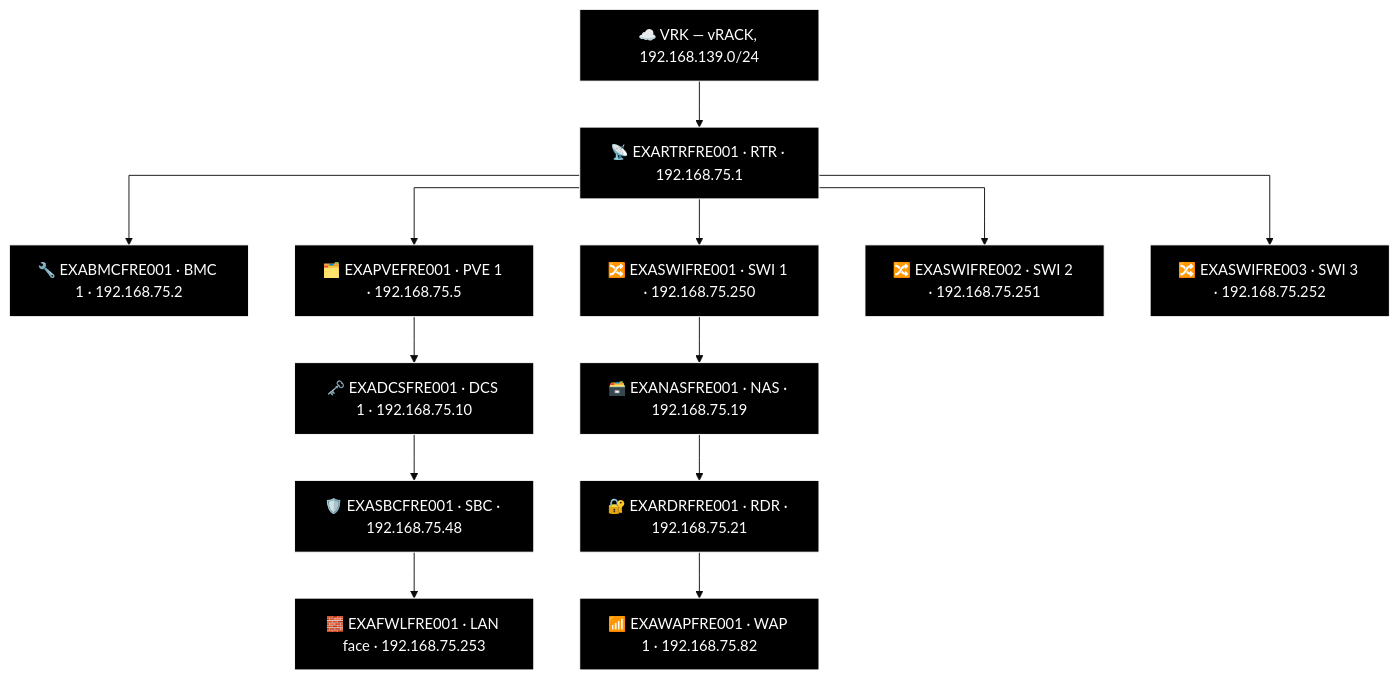
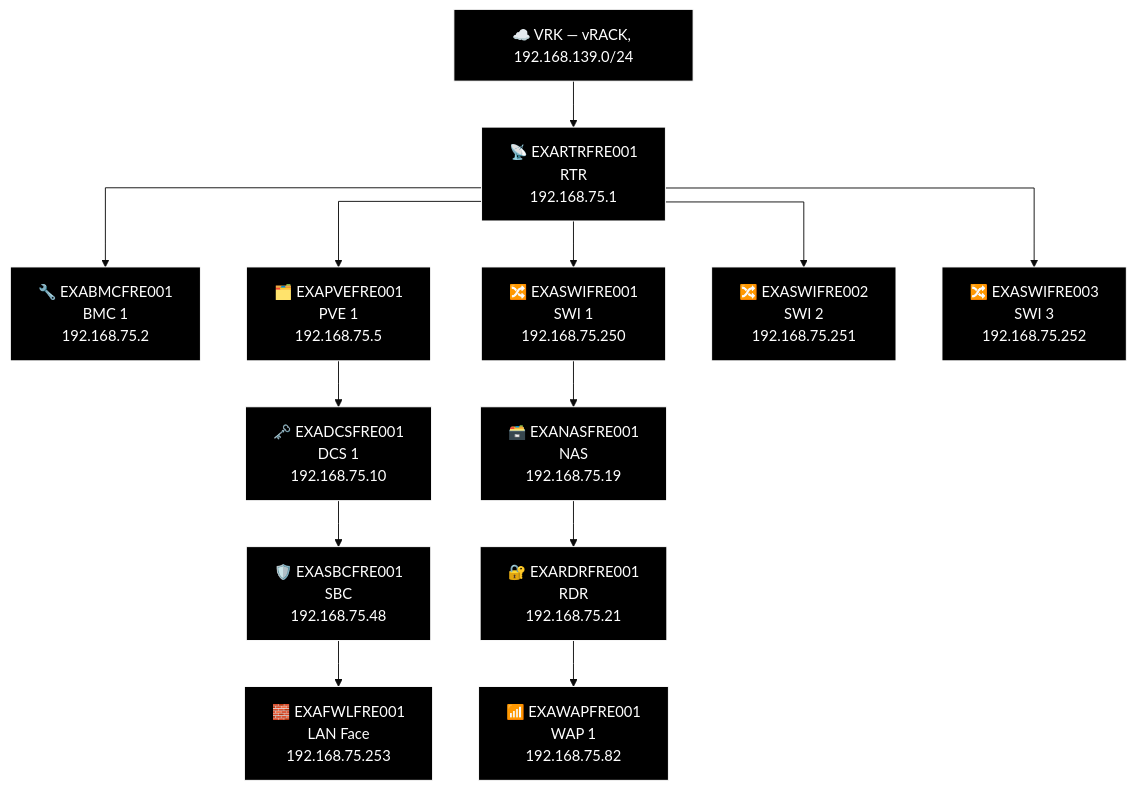
One commit to knightmare2600/example_music_infra changed diagram 14 of 18 in docs/network-diagram/danmark.md. Above: the diagram before and after it, drawn with Mermaid (base theme). The commit also changed other lines of this file and 18 other files, not shown here.

````diff
--- a/docs/network-diagram/danmark.md
+++ b/docs/network-diagram/danmark.md
@@ -537,40 +537,40 @@
 ```mermaid
 %% GENERATED:TOPOLOGY:FRE:START
 %%{init: {'flowchart': {'curve': 'stepAfter'}}}%%
 graph TD
     T_VRK["☁️ VRK — vRACK, 192.168.139.0/24"]
-    T_RTR["📡 EXARTRFRE001 · RTR · 192.168.75.1"]
+    T_RTR["📡 EXARTRFRE001<br/>RTR<br/>192.168.75.1"]
     T_VRK --> T_RTR
-    T_BMC["🔧 EXABMCFRE001 · BMC 1 · 192.168.75.2"]
+    T_BMC["🔧 EXABMCFRE001<br/>BMC 1<br/>192.168.75.2"]
     T_RTR --> T_BMC
-    T_PVE["🗂️ EXAPVEFRE001 · PVE 1 · 192.168.75.5"]
+    T_PVE["🗂️ EXAPVEFRE001<br/>PVE 1<br/>192.168.75.5"]
     T_RTR --> T_PVE
-    T_SWI["🔀 EXASWIFRE001 · SWI 1 · 192.168.75.250"]
+    T_SWI["🔀 EXASWIFRE001<br/>SWI 1<br/>192.168.75.250"]
     T_RTR --> T_SWI
-    T_SWI2["🔀 EXASWIFRE002 · SWI 2 · 192.168.75.251"]
+    T_SWI2["🔀 EXASWIFRE002<br/>SWI 2<br/>192.168.75.251"]
     T_RTR --> T_SWI2
-    T_SWI3["🔀 EXASWIFRE003 · SWI 3 · 192.168.75.252"]
+    T_SWI3["🔀 EXASWIFRE003<br/>SWI 3<br/>192.168.75.252"]
     T_RTR --> T_SWI3
-    T_NAS["🗃️ EXANASFRE001 · NAS · 192.168.75.19"]
-    T_RDR["🔐 EXARDRFRE001 · RDR · 192.168.75.21"]
-    T_WAP["📶 EXAWAPFRE001 · WAP 1 · 192.168.75.82"]
+    T_NAS["🗃️ EXANASFRE001<br/>NAS<br/>192.168.75.19"]
+    T_RDR["🔐 EXARDRFRE001<br/>RDR<br/>192.168.75.21"]
+    T_WAP["📶 EXAWAPFRE001<br/>WAP 1<br/>192.168.75.82"]
     T_SWI --> T_NAS --> T_RDR --> T_WAP
-    T_DCS["🗝️ EXADCSFRE001 · DCS 1 · 192.168.75.10"]
-    T_SBC["🛡️ EXASBCFRE001 · SBC · 192.168.75.48"]
-    T_FWL["🧱 EXAFWLFRE001 · LAN face · 192.168.75.253"]
+    T_DCS["🗝️ EXADCSFRE001<br/>DCS 1<br/>192.168.75.10"]
+    T_SBC["🛡️ EXASBCFRE001<br/>SBC<br/>192.168.75.48"]
+    T_FWL["🧱 EXAFWLFRE001<br/>LAN Face<br/>192.168.75.253"]
     T_PVE --> T_DCS --> T_SBC --> T_FWL
     style T_VRK fill:#000000,stroke:#FFFFFF,color:#FFFFFF
     style T_RTR fill:#000000,stroke:#FFFFFF,color:#FFFFFF
     style T_BMC fill:#000000,stroke:#FFFFFF,color:#FFFFFF
     style T_PVE fill:#000000,stroke:#FFFFFF,color:#FFFFFF
     style T_SWI fill:#000000,stroke:#FFFFFF,color:#FFFFFF
     style T_SWI2 fill:#000000,stroke:#FFFFFF,color:#FFFFFF
     style T_SWI3 fill:#000000,stroke:#FFFFFF,color:#FFFFFF
     style T_NAS fill:#000000,stroke:#FFFFFF,color:#FFFFFF
     style T_RDR fill:#000000,stroke:#FFFFFF,color:#FFFFFF
     style T_WAP fill:#000000,stroke:#FFFFFF,color:#FFFFFF
     style T_DCS fill:#000000,stroke:#FFFFFF,color:#FFFFFF
     style T_SBC fill:#000000,stroke:#FFFFFF,color:#FFFFFF
     style T_FWL fill:#000000,stroke:#FFFFFF,color:#FFFFFF
 %% GENERATED:TOPOLOGY:FRE:END
 ```
````
